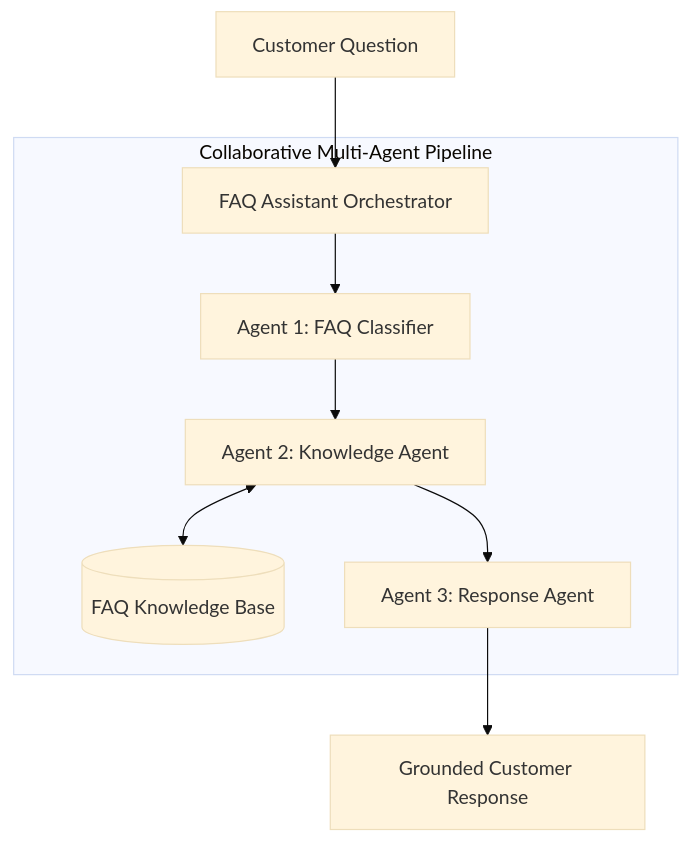
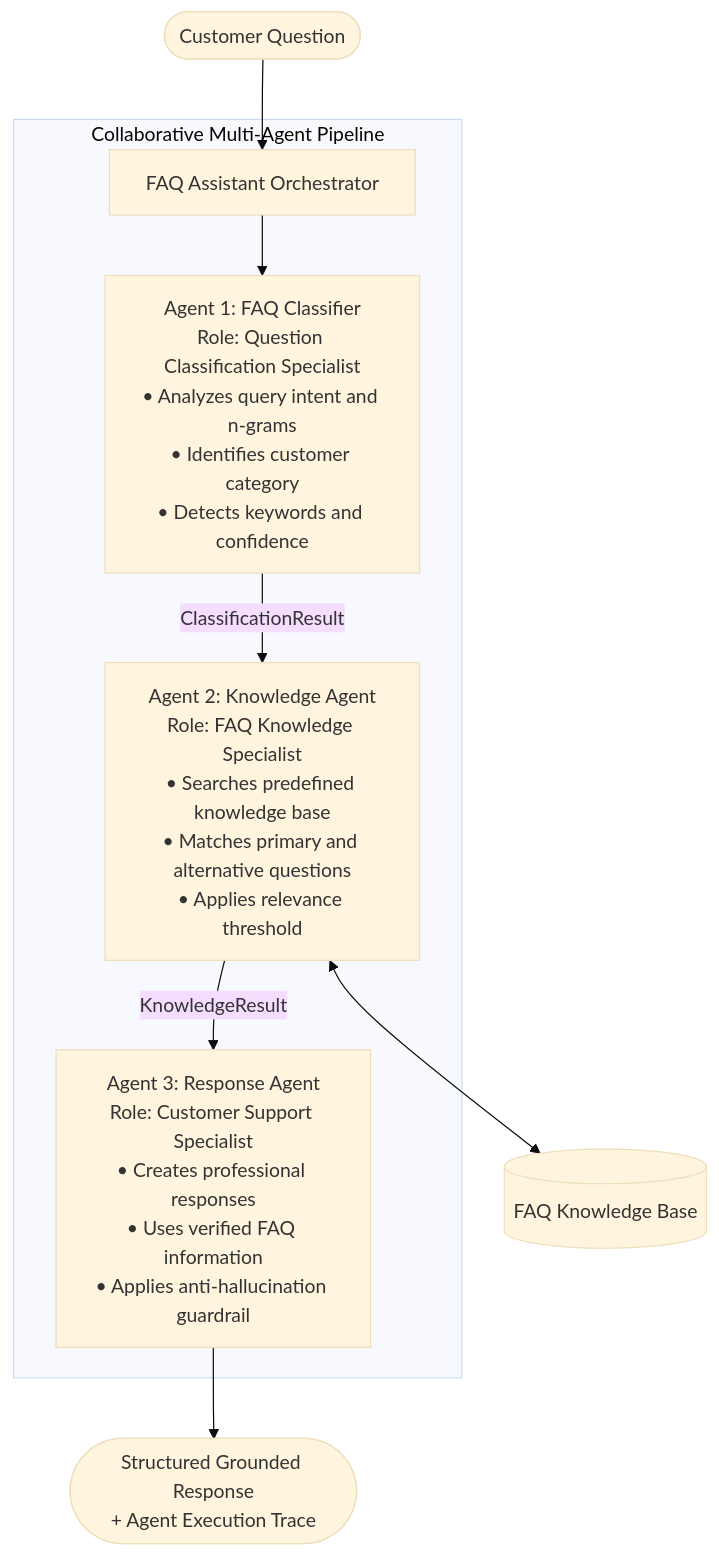
One commit to haniaeman2026-pixel/ShopSmart-AI changed the first of 3 diagrams in README.md. Above: the diagram before and after it, drawn with Mermaid (base theme). The commit also changed other lines of this file, not shown here.

First line of the commit message:
Refine README.md for Multi-Agent System details

````diff
--- a/README.md
+++ b/README.md
@@ -47,13 +47,18 @@
 ```mermaid
 flowchart TD
-    A[Customer Question] --> B[FAQ Assistant Orchestrator]
+    User([Customer Question]) --> Orchestrator[FAQ Assistant Orchestrator]
 
-    subgraph Agents[Collaborative Multi-Agent Pipeline]
-        B --> C[Agent 1: FAQ Classifier]
-        C --> D[Agent 2: Knowledge Agent]
-        D <--> E[(FAQ Knowledge Base)]
-        D --> F[Agent 3: Response Agent]
+    subgraph MultiAgentPipeline["Collaborative Multi-Agent Pipeline"]
+
+        Orchestrator --> Agent1["Agent 1: FAQ Classifier<br/>Role: Question Classification Specialist<br/>• Analyzes query intent and n-grams<br/>• Identifies customer category<br/>• Detects keywords and confidence"]
+
+        Agent1 -->|ClassificationResult| Agent2["Agent 2: Knowledge Agent<br/>Role: FAQ Knowledge Specialist<br/>• Searches predefined knowledge base<br/>• Matches primary and alternative questions<br/>• Applies relevance threshold"]
+
+        Agent2 -->|KnowledgeResult| Agent3["Agent 3: Response Agent<br/>Role: Customer Support Specialist<br/>• Creates professional responses<br/>• Uses verified FAQ information<br/>• Applies anti-hallucination guardrail"]
+
     end
 
-    F --> G[Grounded Customer Response]
+    Agent2 <--> KnowledgeBase[(FAQ Knowledge Base)]
+
+    Agent3 --> FinalOutput([Structured Grounded Response<br/>+ Agent Execution Trace])
 ```
````
